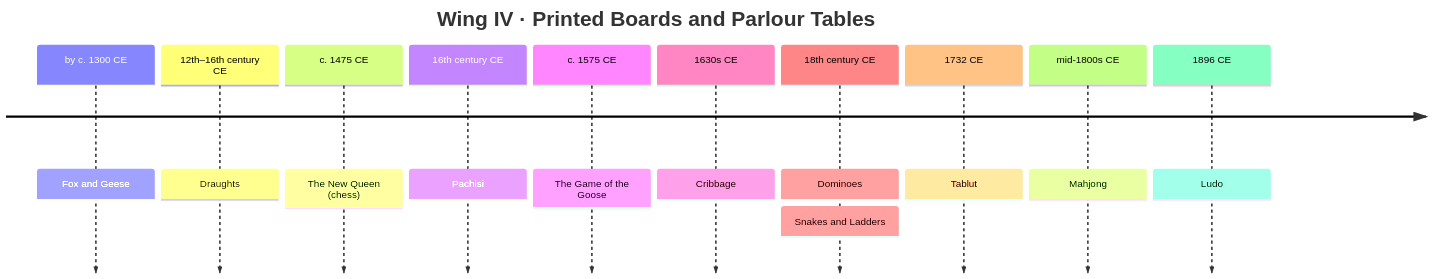
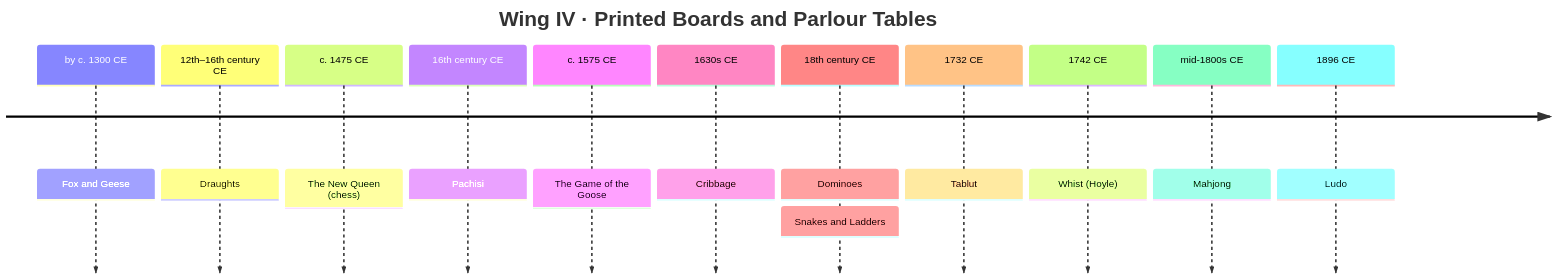
Before and after one commit to CptNope/Librarium-Archives: the sixth of 8 diagrams in docs/exhibits.md, drawn with Mermaid. The commit also changed other lines of this file and 14 other files, not shown here.

````diff
--- a/docs/exhibits.md
+++ b/docs/exhibits.md
@@ -132,14 +135,15 @@
 ```mermaid
 timeline
     title Wing IV · Printed Boards and Parlour Tables
     by c. 1300 CE : Fox and Geese
     12th–16th century CE : Draughts
     c. 1475 CE : The New Queen (chess)
     16th century CE : Pachisi
     c. 1575 CE : The Game of the Goose
     1630s CE : Cribbage
     18th century CE : Dominoes : Snakes and Ladders
     1732 CE : Tablut
+    1742 CE : Whist (Hoyle)
     mid-1800s CE : Mahjong
     1896 CE : Ludo
 ```
````
